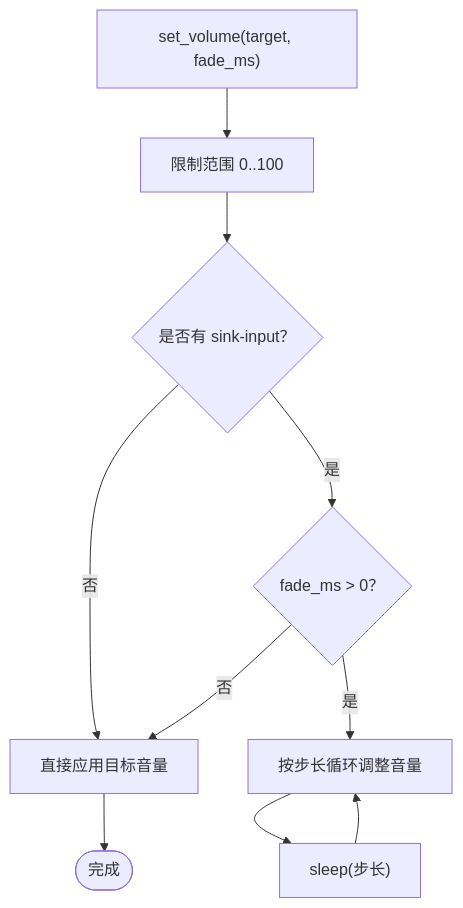
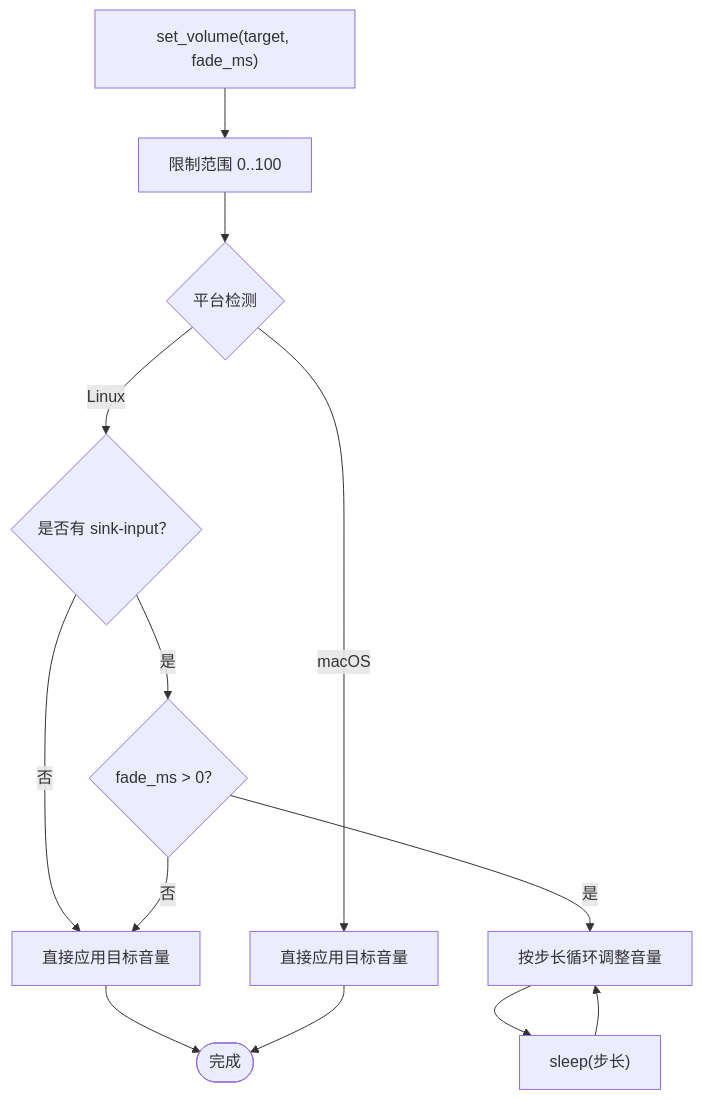
Before and after one commit to GhoulOwl/Teamspeak3_Bot: the fifth of 8 diagrams in .qoder/repowiki/zh/content/音乐播放系统/音频控制器.md, drawn with Mermaid. The commit also changed other lines of this file and 7 other files, not shown here.

````diff
--- a/.qoder/repowiki/zh/content/音乐播放系统/音频控制器.md
+++ b/.qoder/repowiki/zh/content/音乐播放系统/音频控制器.md
@@ -191,12 +218,15 @@
 ```mermaid
 flowchart TD
 SetVol["set_volume(target, fade_ms)"] --> Clamp["限制范围 0..100"]
-Clamp --> HasSink{"是否有 sink-input？"}
+Clamp --> Platform{"平台检测"}
+Platform --> |Linux| HasSink{"是否有 sink-input？"}
+Platform --> |macOS| DirectApply["直接应用目标音量"]
 HasSink --> |否| ApplyDirect["直接应用目标音量"]
 HasSink --> |是| Fade{"fade_ms > 0？"}
 Fade --> |否| ApplyDirect
 Fade --> |是| StepLoop["按步长循环调整音量"]
 StepLoop --> Sleep["sleep(步长)"]
 Sleep --> StepLoop
 ApplyDirect --> End(["完成"])
+DirectApply --> End
 ```
````
